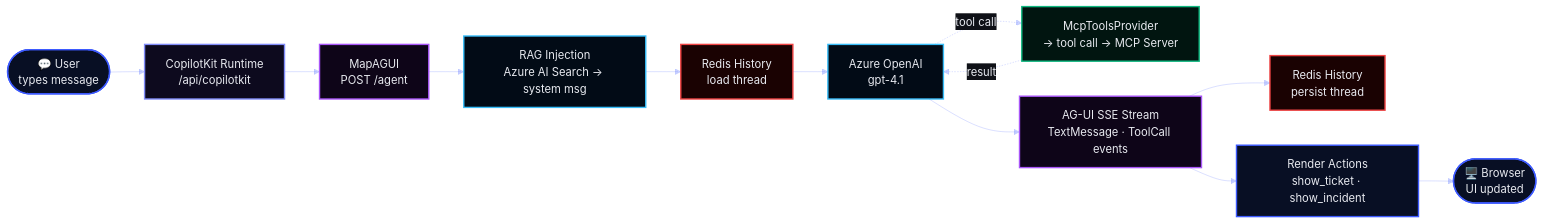
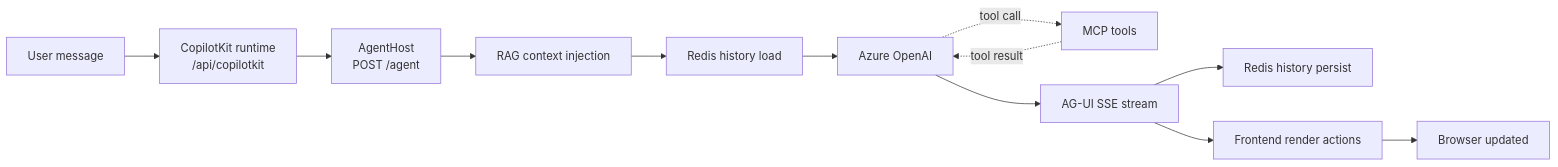
The second of 2 diagrams in README.md (sreyanchoudhury/HelpdeskAI.CSharp), drawn with Mermaid before and after one commit. The commit also changed other lines of this file and 3 other files, not shown here.

Commit message:
docs: simplify mermaid diagrams for github rendering

````diff
--- a/README.md
+++ b/README.md
@@ -463,28 +448,20 @@
 ```mermaid
-%%{init: {"theme": "base", "themeVariables": {"primaryColor": "#151820", "primaryTextColor": "#e8eaf0", "primaryBorderColor": "#3d5afe", "lineColor": "#3d5afe44", "secondaryColor": "#0f1117", "tertiaryColor": "#0a0b0f", "edgeLabelBackground": "#0f1117", "fontFamily": "system-ui, -apple-system, sans-serif"}}}%%
 flowchart LR
-    classDef fe      fill:#080f24,stroke:#3d5afe,color:#e8eaf0,stroke-width:2px
-    classDef next    fill:#0d0a1e,stroke:#818cf8,color:#e8eaf0,stroke-width:2px
-    classDef agent   fill:#0e0518,stroke:#a855f7,color:#e8eaf0,stroke-width:2px
-    classDef mcp     fill:#011510,stroke:#10b981,color:#e8eaf0,stroke-width:2px
-    classDef redis   fill:#1a0202,stroke:#ef4444,color:#e8eaf0,stroke-width:2px
-    classDef azure   fill:#020b16,stroke:#38bdf8,color:#e8eaf0,stroke-width:2px
-
-    U(["💬 User<br/>types message"]):::fe
-    CK["CopilotKit Runtime<br/>/api/copilotkit"]:::next
-    AH["MapAGUI<br/>POST /agent"]:::agent
-    RAG["RAG Injection<br/>Azure AI Search → system msg"]:::azure
-    RH["Redis History<br/>load thread"]:::redis
-    LLM["Azure OpenAI<br/>gpt-4.1"]:::azure
-    MCP["McpToolsProvider<br/>→ tool call → MCP Server"]:::mcp
-    SSE["AG-UI SSE Stream<br/>TextMessage · ToolCall events"]:::agent
-    RP["Redis History<br/>persist thread"]:::redis
-    RA["Render Actions<br/>show_ticket · show_incident"]:::fe
-    R(["🖥️ Browser<br/>UI updated"]):::fe
+    U["User message"]
+    CK["CopilotKit runtime<br/>/api/copilotkit"]
+    AH["AgentHost<br/>POST /agent"]
+    RAG["RAG context injection"]
+    RH["Redis history load"]
+    LLM["Azure OpenAI"]
+    MCP["MCP tools"]
+    SSE["AG-UI SSE stream"]
+    RP["Redis history persist"]
+    RA["Frontend render actions"]
+    R["Browser updated"]
 
     U --> CK --> AH --> RAG --> RH --> LLM
-    LLM -. "tool call" .-> MCP
-    MCP -. "result" .-> LLM
+    LLM -. tool call .-> MCP
+    MCP -. tool result .-> LLM
     LLM --> SSE --> RP
     SSE --> RA --> R
 ```
````
